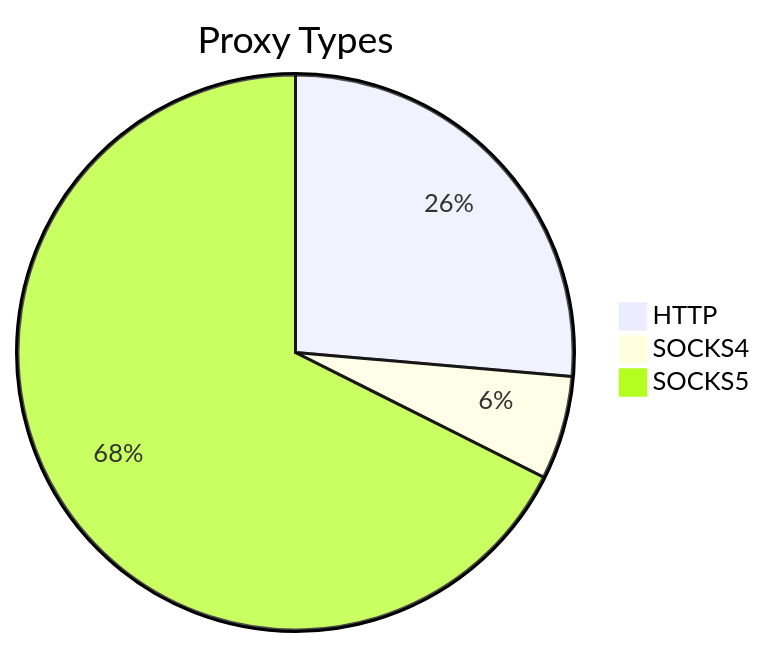
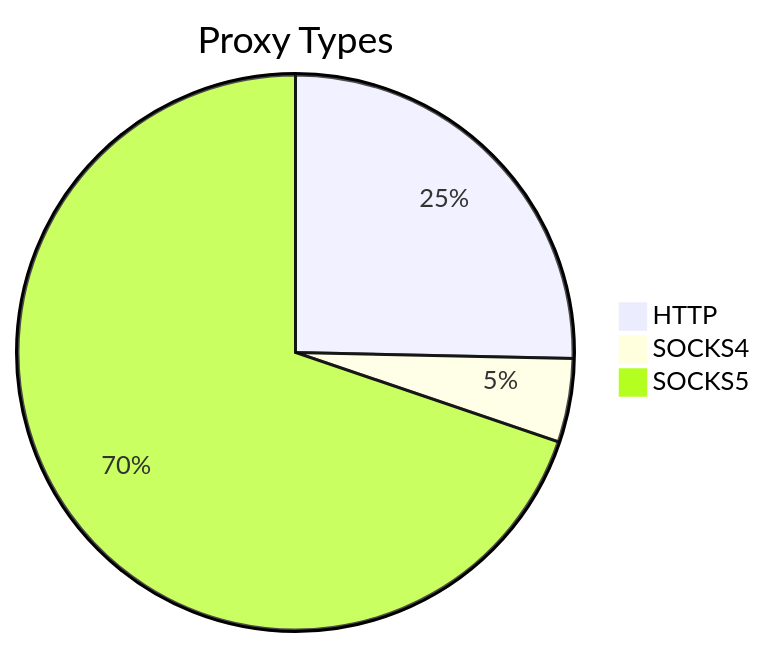
Before and after one commit to stormsia/proxy-list: the first of 2 diagrams in README.md, drawn with Mermaid. The commit also changed other lines of this file, not shown here.

````diff
--- a/README.md
+++ b/README.md
@@ -21,6 +21,6 @@
 ```mermaid
 pie title Proxy Types
-    "HTTP" : 105
-    "SOCKS4" : 24
-    "SOCKS5" : 269
+    "HTTP" : 130
+    "SOCKS4" : 25
+    "SOCKS5" : 358
 ```
````
